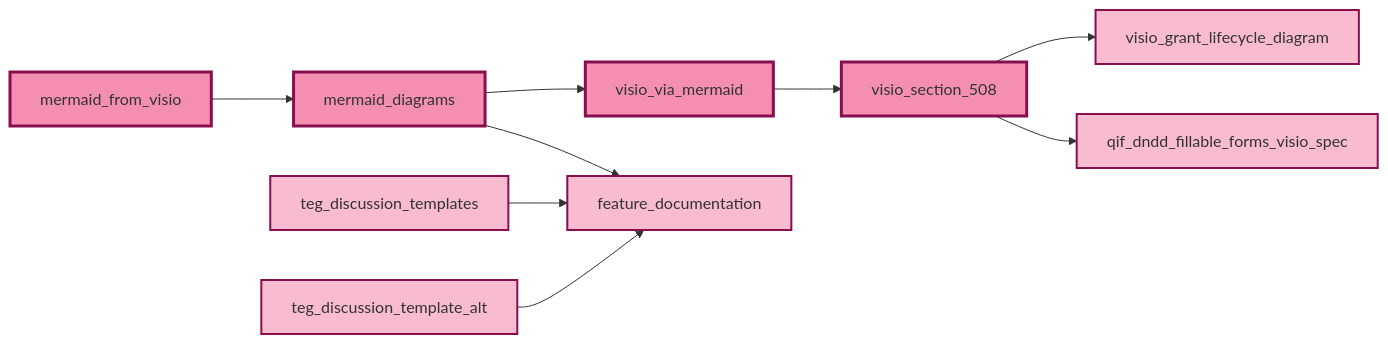
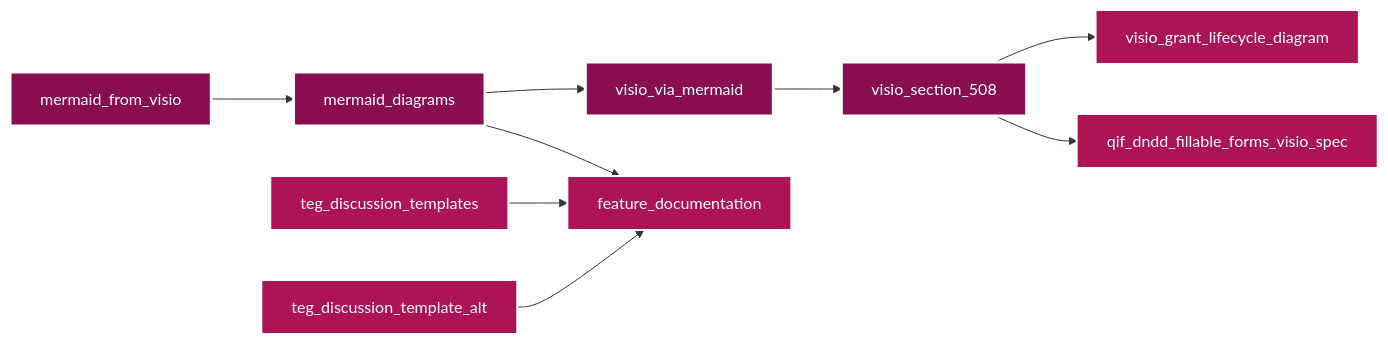
Before and after one commit to adourish/skills: the fifth of 6 diagrams in README.md, drawn with Mermaid. The commit also changed other lines of this file and 5 other files, not shown here.

````diff
--- a/README.md
+++ b/README.md
@@ -264,24 +638,24 @@
 ```mermaid
 graph LR
     MD[mermaid_diagrams] --> VVM[visio_via_mermaid]
     VVM --> V508[visio_section_508]
     
     MFV[mermaid_from_visio] --> MD
     
     V508 --> VGL[visio_grant_lifecycle_diagram]
     V508 --> QIF[qif_dndd_fillable_forms_visio_spec]
     
     TEG[teg_discussion_templates] --> FD[feature_documentation]
     TEGA[teg_discussion_template_alt] --> FD
     MD --> FD
     
-    style MD fill:#f48fb1,stroke:#880e4f,stroke-width:3px
-    style VVM fill:#f48fb1,stroke:#880e4f,stroke-width:3px
-    style MFV fill:#f48fb1,stroke:#880e4f,stroke-width:3px
-    style V508 fill:#f48fb1,stroke:#880e4f,stroke-width:3px
-    style TEG fill:#f8bbd0,stroke:#880e4f,stroke-width:2px
-    style TEGA fill:#f8bbd0,stroke:#880e4f,stroke-width:2px
-    style FD fill:#f8bbd0,stroke:#880e4f,stroke-width:2px
-    style VGL fill:#f8bbd0,stroke:#880e4f,stroke-width:2px
-    style QIF fill:#f8bbd0,stroke:#880e4f,stroke-width:2px
+    style MD fill:#880e4f,stroke:#ffffff,stroke-width:3px,color:#ffffff
+    style VVM fill:#880e4f,stroke:#ffffff,stroke-width:3px,color:#ffffff
+    style MFV fill:#880e4f,stroke:#ffffff,stroke-width:3px,color:#ffffff
+    style V508 fill:#880e4f,stroke:#ffffff,stroke-width:3px,color:#ffffff
+    style TEG fill:#ad1457,stroke:#ffffff,stroke-width:2px,color:#ffffff
+    style TEGA fill:#ad1457,stroke:#ffffff,stroke-width:2px,color:#ffffff
+    style FD fill:#ad1457,stroke:#ffffff,stroke-width:2px,color:#ffffff
+    style VGL fill:#ad1457,stroke:#ffffff,stroke-width:2px,color:#ffffff
+    style QIF fill:#ad1457,stroke:#ffffff,stroke-width:2px,color:#ffffff
 ```
````
